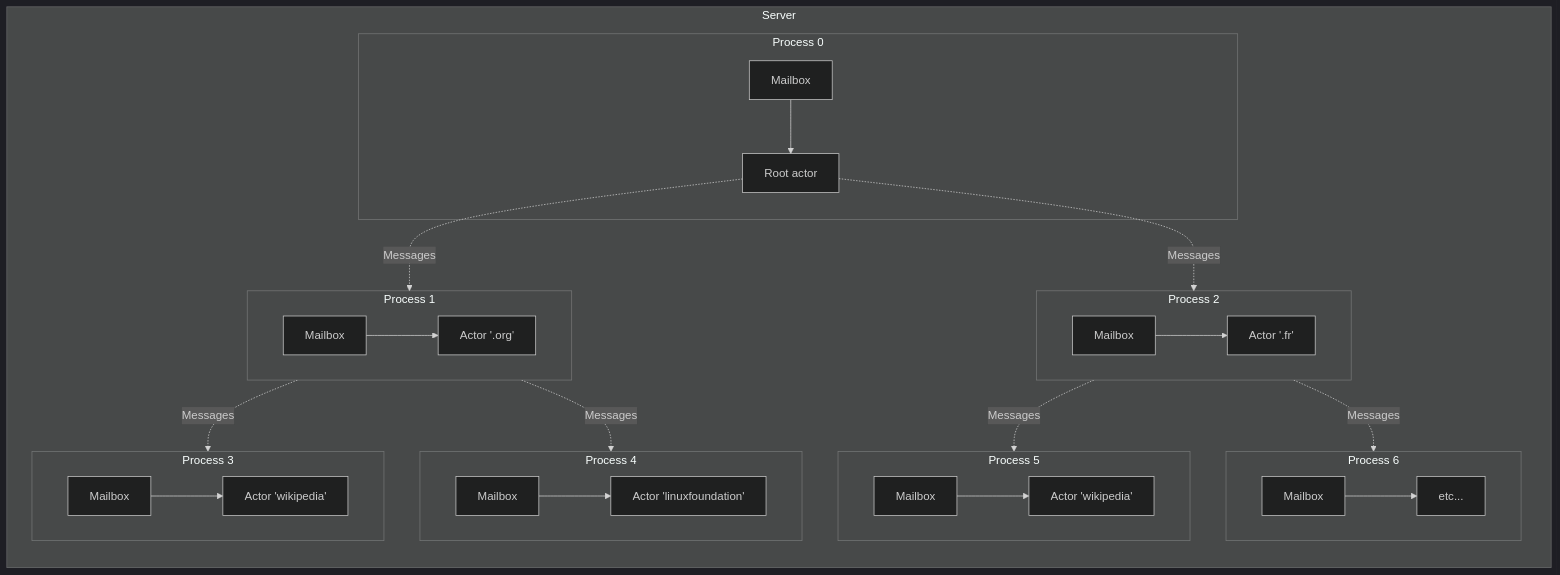
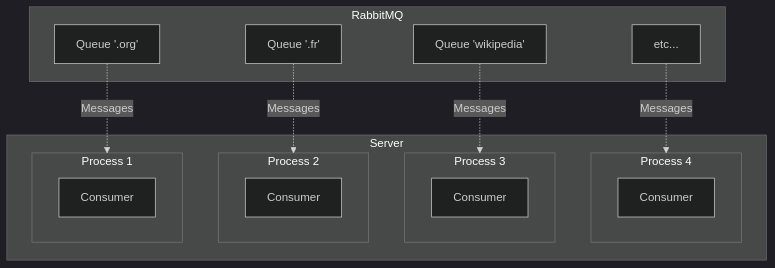
Before and after one commit to Baptouuuu/baptouuuu.github.io: diagram 11 of 13 in docs/conferences/actor model/slides.md, drawn with Mermaid (dark theme). The commit also changed other lines of this file, not shown here.

Commit message:
move the slides mentionning the actors can be run on multiple servers

````diff
--- a/docs/conferences/actor model/slides.md
+++ b/docs/conferences/actor model/slides.md
@@ -465,33 +479,27 @@
 ```mermaid
 flowchart TB
-    subgraph s1["Server"]
-        direction TB
-        subgraph pr ["Process 0"]
-            arm["Mailbox"] --> ar["Root actor"]
+    subgraph rabbit["RabbitMQ"]
+        q1["Queue '.org'"]
+        q2["Queue '.fr'"]
+        q3["Queue 'wikipedia'"]
+        q4["etc..."]
+    end
+    subgraph s["Server"]
+        subgraph p4["Process 4"]
+            c4["Consumer"]
         end
-        subgraph p1 ["Process 1"]
-            a1m["Mailbox"] --> a1["Actor '.org'"]
+        subgraph p3["Process 3"]
+            c3["Consumer"]
         end
-        subgraph p2 ["Process 2"]
-            a2m["Mailbox"] --> a2["Actor '.fr'"]
+        subgraph p2["Process 2"]
+            c2["Consumer"]
         end
-        subgraph p3 ["Process 3"]
-            a3m["Mailbox"] --> a3["Actor 'wikipedia'"]
-        end
-        subgraph p4 ["Process 4"]
-            a4m["Mailbox"] --> a4["Actor 'linuxfoundation'"]
-        end
-        subgraph p5 ["Process 5"]
-            a5m["Mailbox"] --> a5["Actor 'wikipedia'"]
-        end
-        subgraph p6 ["Process 6"]
-            a6m["Mailbox"] --> a6["etc..."]
+        subgraph p1["Process 1"]
+            c1["Consumer"]
         end
     end
-    ar -. Messages .-> p1
-    ar -. Messages .-> p2
-    p1 -. Messages .-> p3
-    p1 -. Messages .-> p4
-    p2 -. Messages .-> p5
-    p2 -. Messages .-> p6
+    q1 -. Messages .-> p1
+    q2 -. Messages .-> p2
+    q3 -. Messages .-> p3
+    q4 -. Messages .-> p4
 ```
````
